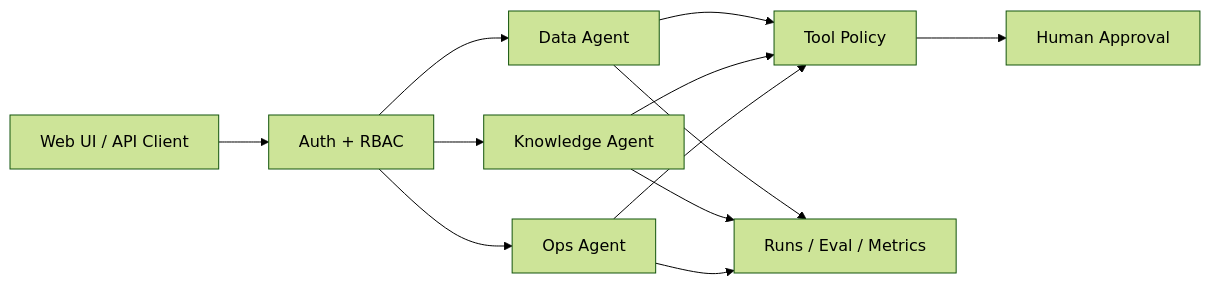
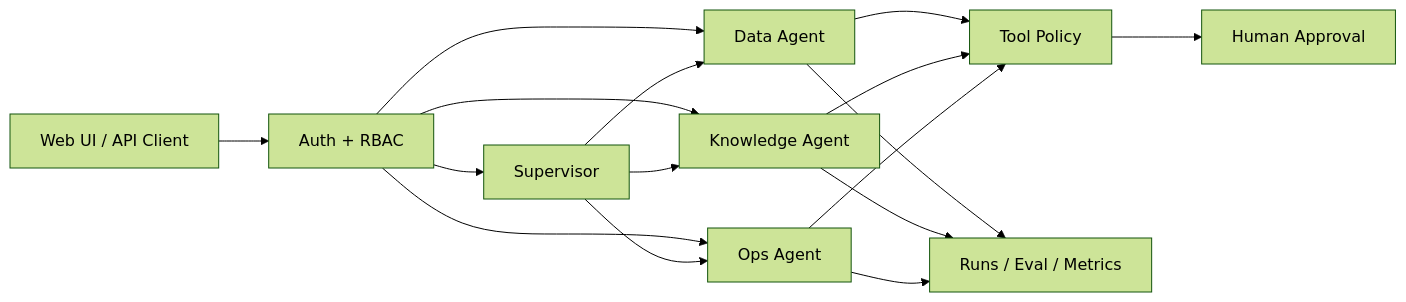
Before and after one commit to yvanu/enterprise-agent-platform: the diagram in README.md, drawn with Mermaid (forest theme). The commit also changed other lines of this file and 9 other files, not shown here.

````diff
--- a/README.md
+++ b/README.md
@@ -82,14 +83,18 @@
 ```mermaid
 flowchart LR
   UI[Web UI / API Client] --> AUTH[Auth + RBAC]
   AUTH --> DATA[Data Agent]
   AUTH --> KNOW[Knowledge Agent]
   AUTH --> OPS[Ops Agent]
+  AUTH --> SUP[Supervisor]
+  SUP --> OPS
+  SUP --> KNOW
+  SUP --> DATA
   DATA --> POLICY[Tool Policy]
   KNOW --> POLICY
   OPS --> POLICY
   POLICY --> APPROVAL[Human Approval]
   DATA --> RUNS[Runs / Eval / Metrics]
   KNOW --> RUNS
   OPS --> RUNS
 ```
````
